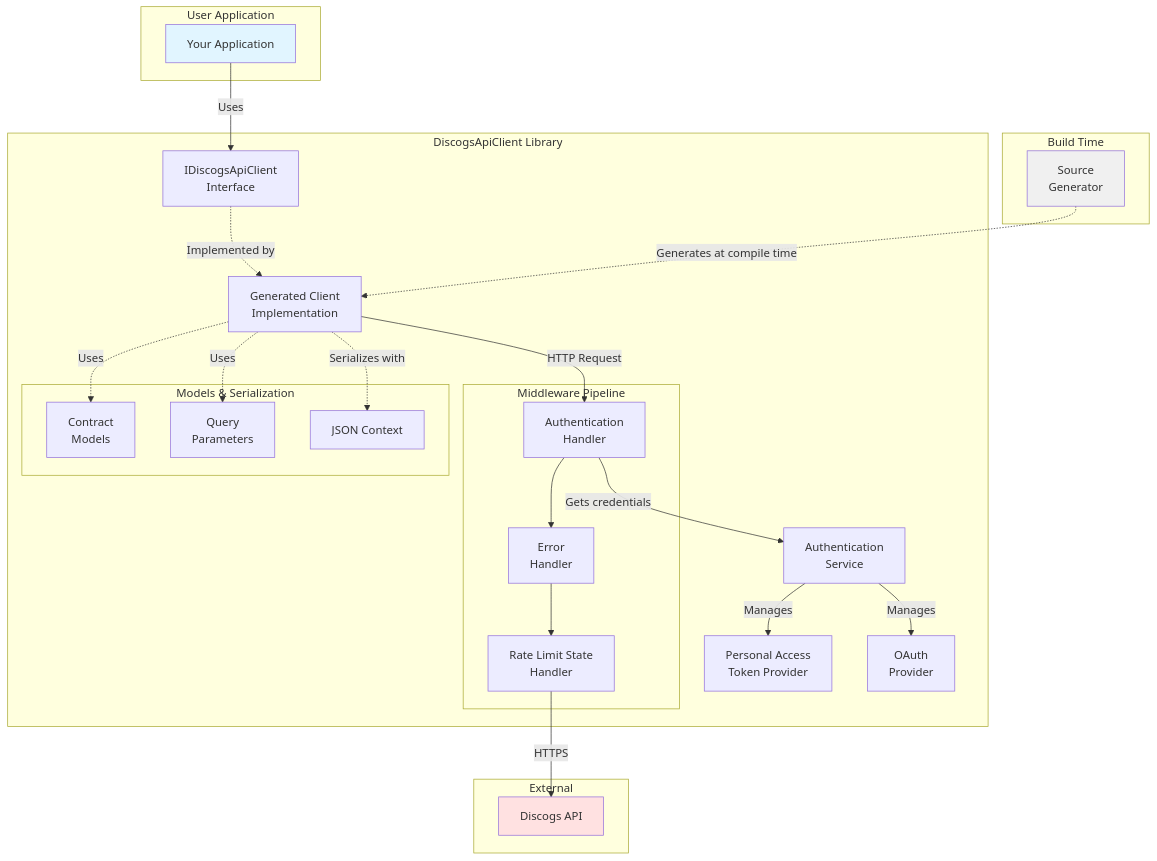
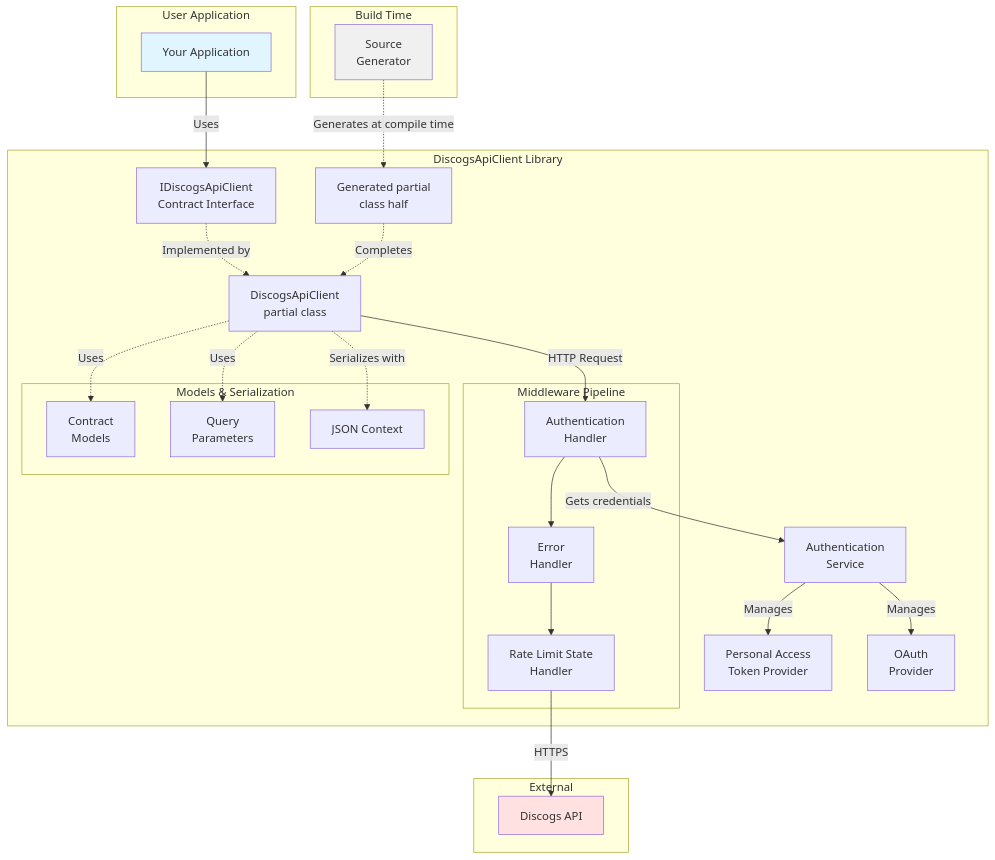
The first of 4 diagrams in docs/ARCHITECTURE.md (damidhagor/DiscogsApiClient), drawn with Mermaid before and after one commit. The commit also changed other lines of this file and 48 other files, not shown here.

````diff
--- a/docs/ARCHITECTURE.md
+++ b/docs/ARCHITECTURE.md
@@ -22,52 +22,54 @@
 ```mermaid
 graph TB
     subgraph "User Application"
         App[Your Application]
     end
 
     subgraph "DiscogsApiClient Library"
-        Interface[IDiscogsApiClient<br/>Interface]
-        Generated[Generated Client<br/>Implementation]
+        Interface[IDiscogsApiClient<br/>Contract Interface]
+        Client[DiscogsApiClient<br/>partial class]
+        Generated[Generated partial<br/>class half]
         Auth[Authentication<br/>Service]
         PAT[Personal Access<br/>Token Provider]
         OAuth[OAuth<br/>Provider]
 
         subgraph "Middleware Pipeline"
             AH[Authentication<br/>Handler] --> EH[Error<br/>Handler]
             EH --> RLS[Rate Limit State<br/>Handler]
         end
 
         subgraph "Models & Serialization"
             Contract[Contract<br/>Models]
             Query[Query<br/>Parameters]
             Json[JSON Context]
         end
     end
 
     subgraph "Build Time"
         SG[Source<br/>Generator]
     end
 
     subgraph "External"
         API[Discogs API]
     end
 
     App -->|Uses| Interface
-    Interface -.->|Implemented by| Generated
-    Generated -->|HTTP Request| AH
+    Interface -.->|Implemented by| Client
+    Generated -.->|Completes| Client
+    Client -->|HTTP Request| AH
     RLS -->|HTTPS| API
 
-    Generated -.->|Serializes with| Json
-    Generated -.->|Uses| Contract
-    Generated -.->|Uses| Query
+    Client -.->|Serializes with| Json
+    Client -.->|Uses| Contract
+    Client -.->|Uses| Query
 
     Auth -->|Manages| PAT
     Auth -->|Manages| OAuth
     AH -->|Gets credentials| Auth
 
     SG -.->|Generates at compile time| Generated
 
     style App fill:#e1f5ff
     style API fill:#ffe1e1
     style SG fill:#f0f0f0
 ```
````
